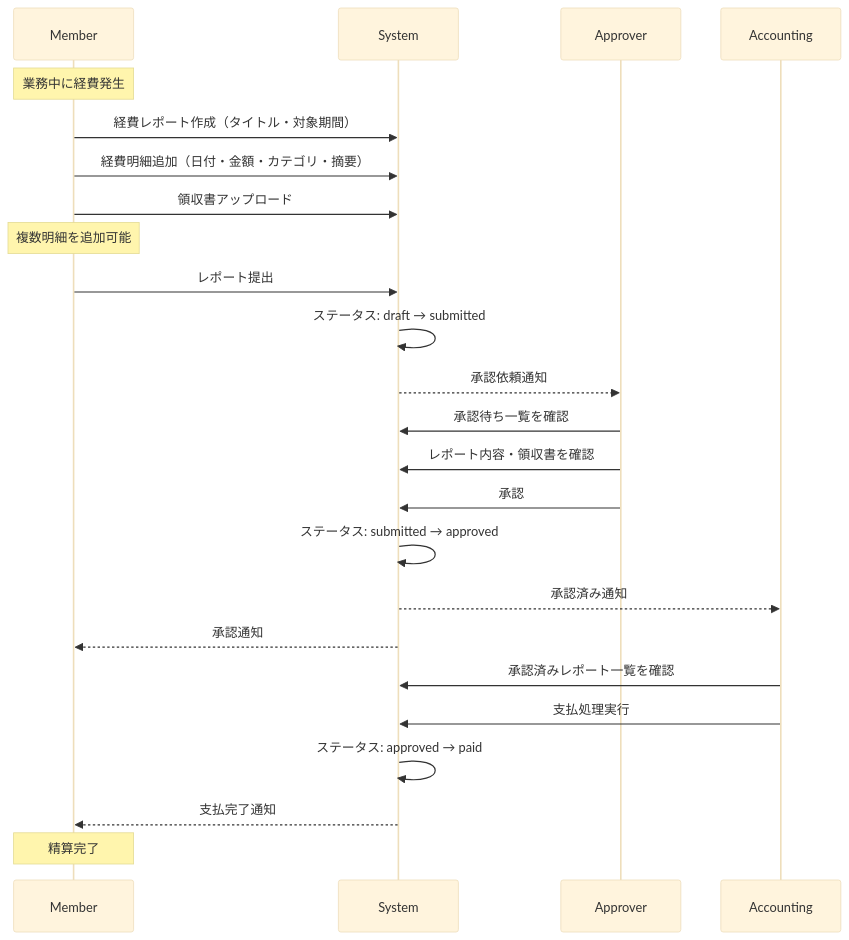
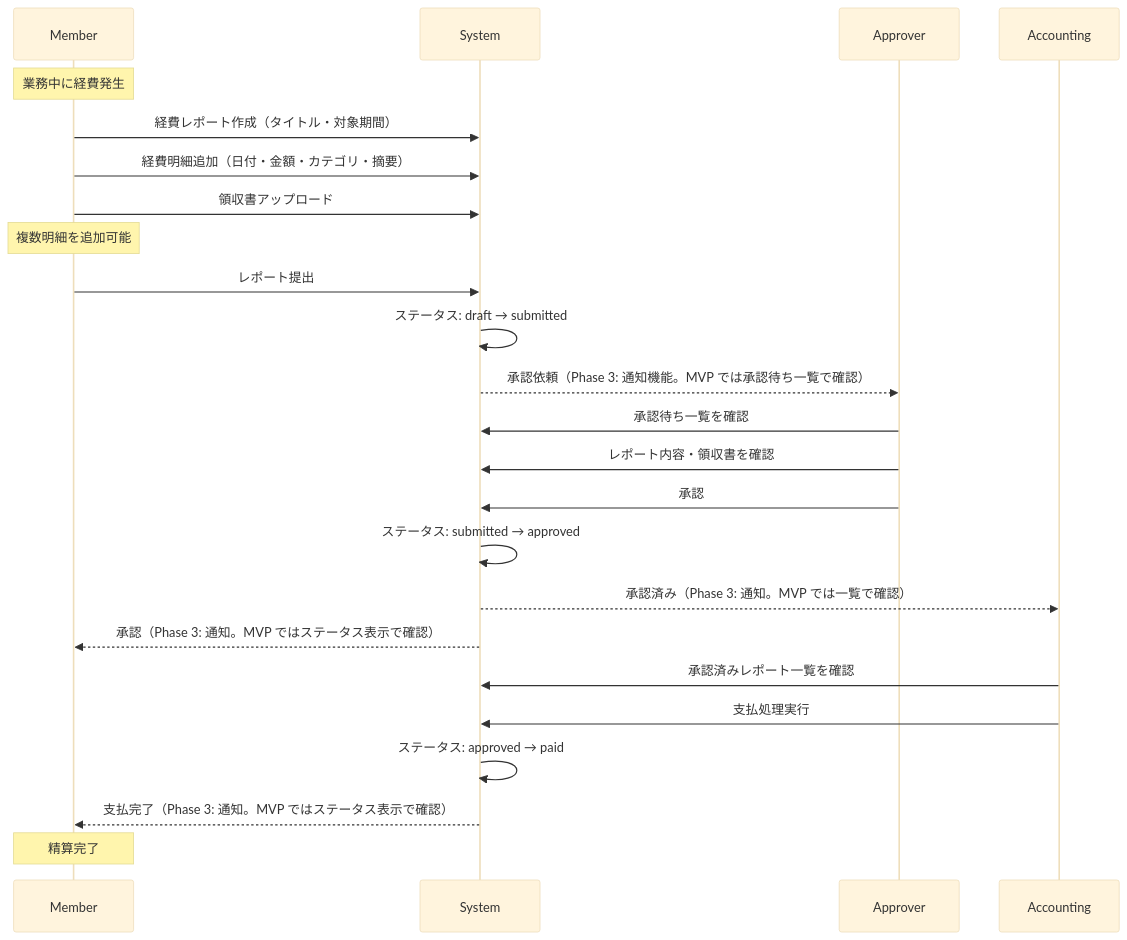
The second of 7 diagrams in deliverables/docs/10_requirements/preliminary/03_business-flow.md (atsuro128/root-project), drawn with Mermaid (base theme) before and after one commit. The commit also changed other lines of this file and 7 other files, not shown here.

````diff
--- a/deliverables/docs/10_requirements/preliminary/03_business-flow.md
+++ b/deliverables/docs/10_requirements/preliminary/03_business-flow.md
@@ -37,27 +37,27 @@
 ```mermaid
 sequenceDiagram
     participant M as Member
     participant S as System
     participant A as Approver
     participant AC as Accounting
 
     Note over M: 業務中に経費発生
     M->>S: 経費レポート作成（タイトル・対象期間）
     M->>S: 経費明細追加（日付・金額・カテゴリ・摘要）
     M->>S: 領収書アップロード
     Note over M: 複数明細を追加可能
     M->>S: レポート提出
     S->>S: ステータス: draft → submitted
-    S-->>A: 承認依頼通知
+    S-->>A: 承認依頼（Phase 3: 通知機能。MVP では承認待ち一覧で確認）
     A->>S: 承認待ち一覧を確認
     A->>S: レポート内容・領収書を確認
     A->>S: 承認
     S->>S: ステータス: submitted → approved
-    S-->>AC: 承認済み通知
-    S-->>M: 承認通知
+    S-->>AC: 承認済み（Phase 3: 通知。MVP では一覧で確認）
+    S-->>M: 承認（Phase 3: 通知。MVP ではステータス表示で確認）
     AC->>S: 承認済みレポート一覧を確認
     AC->>S: 支払処理実行
     S->>S: ステータス: approved → paid
-    S-->>M: 支払完了通知
+    S-->>M: 支払完了（Phase 3: 通知。MVP ではステータス表示で確認）
     Note over M: 精算完了
 ```
````
